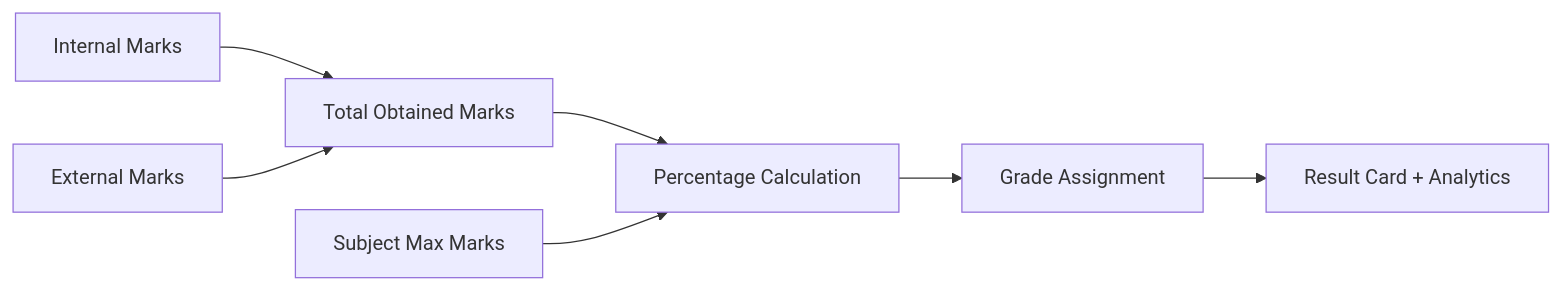
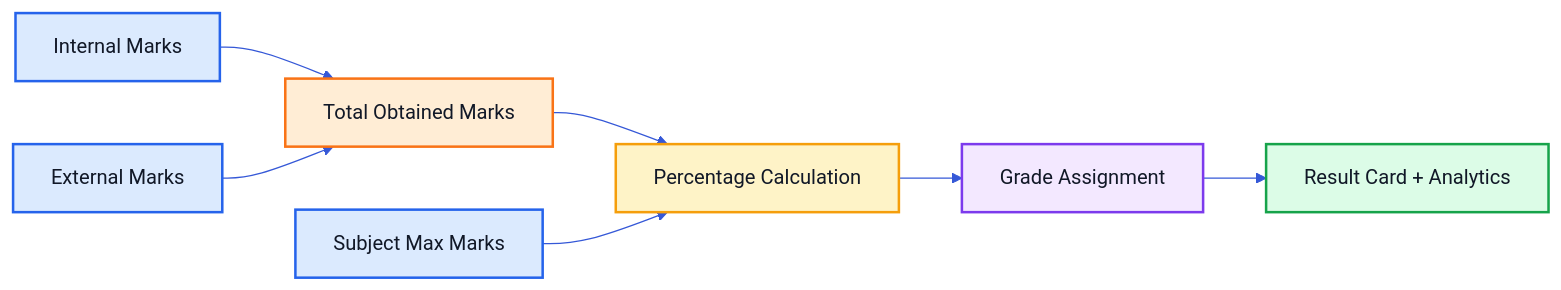
One commit to aniket-nihal/MCA-Result-Portal changed the fifth of 7 diagrams in README.md. Above: the diagram before and after it, drawn with Mermaid. The commit also changed other lines of this file, not shown here.

````diff
--- a/README.md
+++ b/README.md
@@ -188,9 +235,22 @@
 ```mermaid
+%%{init: {'theme': 'base', 'themeVariables': { 'primaryColor': '#eef4ff', 'primaryTextColor': '#182033', 'lineColor': '#3558d7', 'fontFamily': 'Arial' }}}%%
 flowchart LR
     I[Internal Marks] --> T[Total Obtained Marks]
     E[External Marks] --> T
     T --> P[Percentage Calculation]
     M[Subject Max Marks] --> P
     P --> G[Grade Assignment]
     G --> R[Result Card + Analytics]
+
+    classDef input fill:#dbeafe,stroke:#2563eb,color:#111827,stroke-width:2px
+    classDef total fill:#ffedd5,stroke:#f97316,color:#111827,stroke-width:2px
+    classDef calc fill:#fef3c7,stroke:#f59e0b,color:#111827,stroke-width:2px
+    classDef grade fill:#f3e8ff,stroke:#7c3aed,color:#111827,stroke-width:2px
+    classDef output fill:#dcfce7,stroke:#16a34a,color:#111827,stroke-width:2px
+
+    class I,E,M input
+    class T total
+    class P calc
+    class G grade
+    class R output
 ```
````
